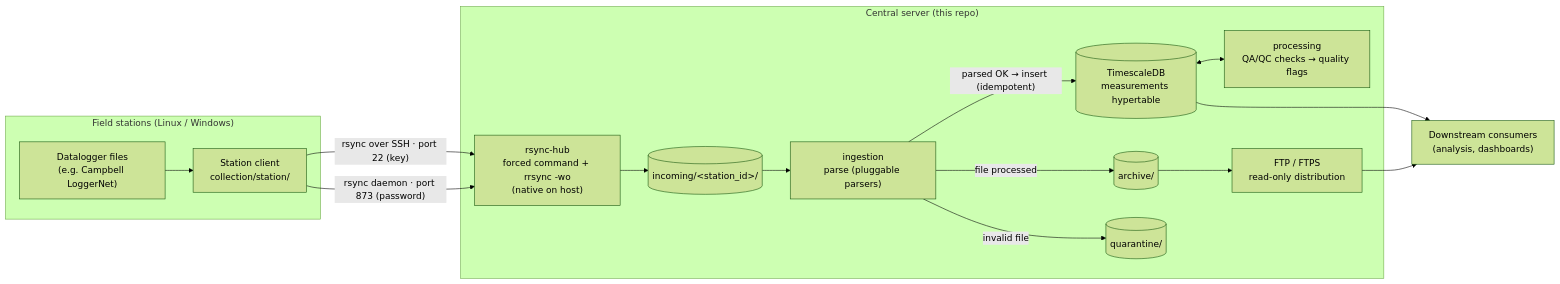
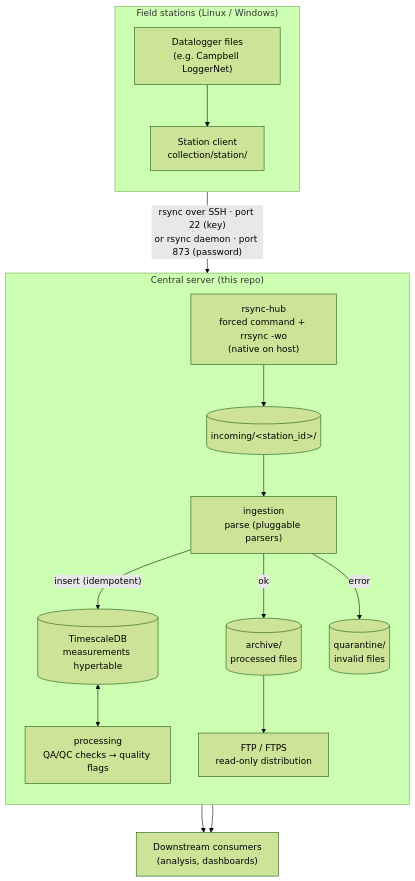
The diagram in README.md (CarbonARA-UFOPA/carbonara-datahub), drawn with Mermaid (forest theme) before and after one commit.

````diff
--- a/README.md
+++ b/README.md
@@ -13,33 +13,35 @@
 ```mermaid
-flowchart LR
+flowchart TB
     subgraph field["Field stations (Linux / Windows)"]
+        direction TB
         ST["Datalogger files<br/>(e.g. Campbell LoggerNet)"]
         CL["Station client<br/>collection/station/"]
         ST --> CL
     end
 
     subgraph hub["Central server (this repo)"]
+        direction TB
         RH["rsync-hub<br/>forced command + rrsync -wo<br/>(native on host)"]
         INC[("incoming/&lt;station_id&gt;/")]
         ING["ingestion<br/>parse (pluggable parsers)"]
-        ARC[("archive/")]
-        QUA[("quarantine/")]
+        QUA[("quarantine/<br/>invalid files")]
+        ARC[("archive/<br/>processed files")]
         DB[("TimescaleDB<br/>measurements hypertable")]
         PROC["processing<br/>QA/QC checks → quality flags"]
         FTP["FTP / FTPS<br/>read-only distribution"]
+
+        RH --> INC
+        INC --> ING
+        ING -- "insert (idempotent)" --> DB
+        ING -- "ok" --> ARC
+        ING -- "error" --> QUA
+        DB <--> PROC
+        ARC --> FTP
     end
 
     CONS["Downstream consumers<br/>(analysis, dashboards)"]
 
-    CL -- "rsync over SSH · port 22 (key)" --> RH
-    CL -- "rsync daemon · port 873 (password)" --> RH
-    RH --> INC
-    INC --> ING
-    ING -- "parsed OK → insert (idempotent)" --> DB
-    ING -- "file processed" --> ARC
-    ING -- "invalid file" --> QUA
-    DB <--> PROC
-    ARC --> FTP
+    CL -- "rsync over SSH · port 22 (key)<br/>or rsync daemon · port 873 (password)" --> RH
     FTP --> CONS
     DB --> CONS
 ```
````
